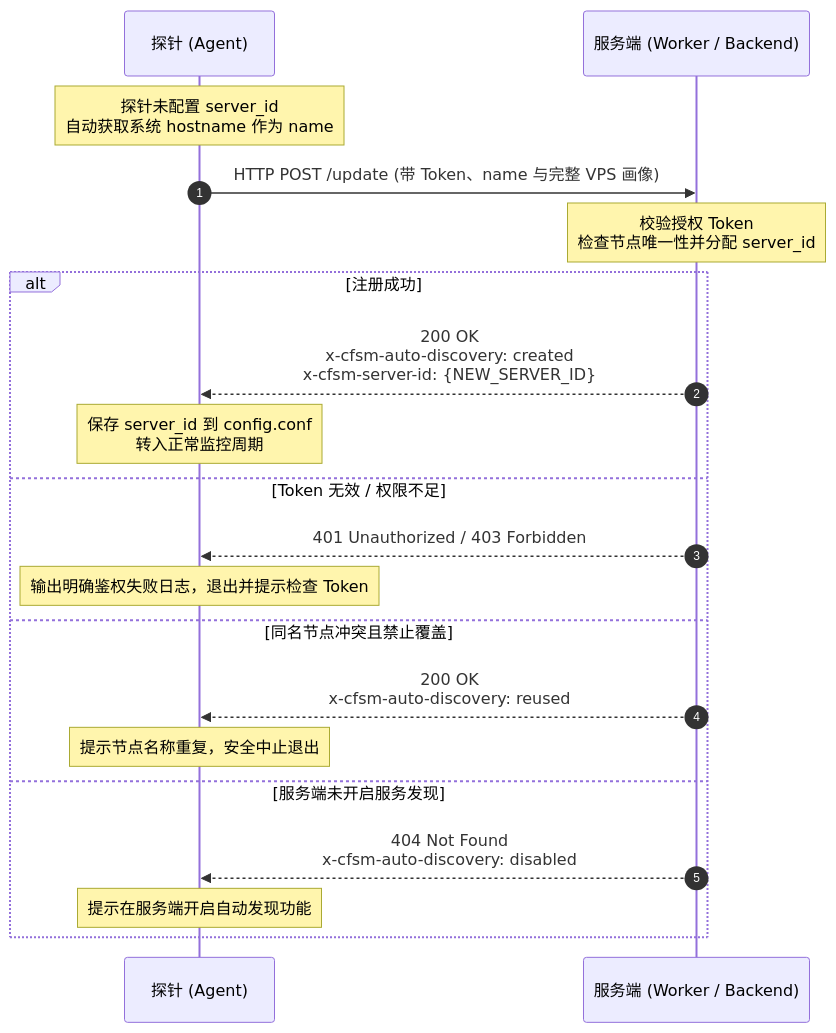
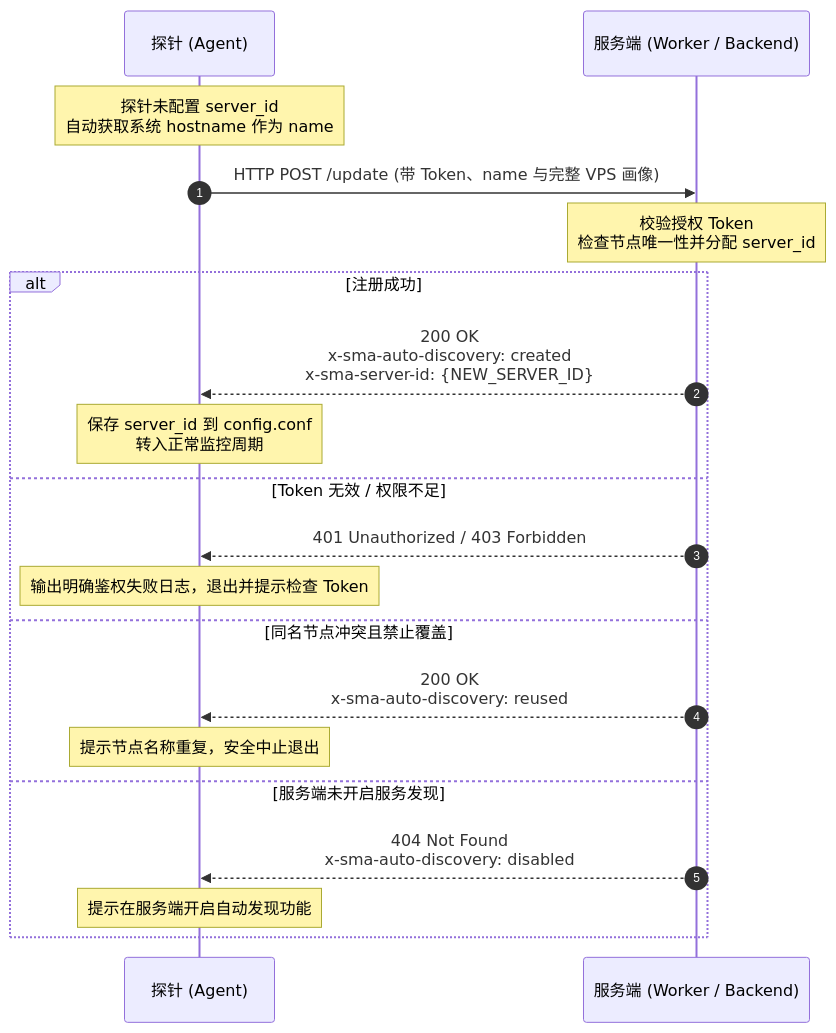
The first of 2 diagrams in docs/PROTOCOL.md (veegn/serverless-monitor-agent), drawn with Mermaid before and after one commit. The commit also changed other lines of this file and 4 other files, not shown here.

````diff
--- a/docs/PROTOCOL.md
+++ b/docs/PROTOCOL.md
@@ -79,23 +79,23 @@
 ```mermaid
 sequenceDiagram
     autonumber
     participant Agent as 探针 (Agent)
     participant Server as 服务端 (Worker / Backend)
 
     Note over Agent: 探针未配置 server_id<br/>自动获取系统 hostname 作为 name
     Agent->>Server: HTTP POST /update (带 Token、name 与完整 VPS 画像)
     Note over Server: 校验授权 Token<br/>检查节点唯一性并分配 server_id
     alt 注册成功
-        Server-->>Agent: 200 OK<br/>x-cfsm-auto-discovery: created<br/>x-cfsm-server-id: {NEW_SERVER_ID}
+        Server-->>Agent: 200 OK<br/>x-sma-auto-discovery: created<br/>x-sma-server-id: {NEW_SERVER_ID}
         Note over Agent: 保存 server_id 到 config.conf<br/>转入正常监控周期
     else Token 无效 / 权限不足
         Server-->>Agent: 401 Unauthorized / 403 Forbidden
         Note over Agent: 输出明确鉴权失败日志，退出并提示检查 Token
     else 同名节点冲突且禁止覆盖
-        Server-->>Agent: 200 OK<br/>x-cfsm-auto-discovery: reused
+        Server-->>Agent: 200 OK<br/>x-sma-auto-discovery: reused
         Note over Agent: 提示节点名称重复，安全中止退出
     else 服务端未开启服务发现
-        Server-->>Agent: 404 Not Found<br/>x-cfsm-auto-discovery: disabled
+        Server-->>Agent: 404 Not Found<br/>x-sma-auto-discovery: disabled
         Note over Agent: 提示在服务端开启自动发现功能
     end
 ```
````
